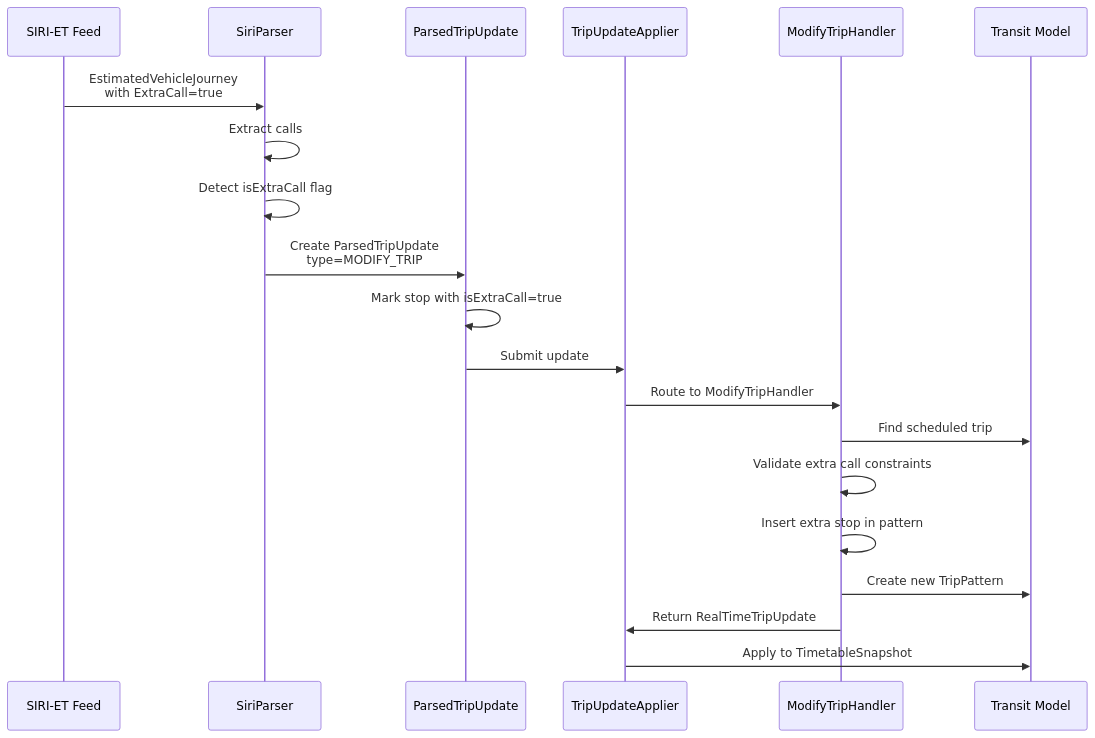
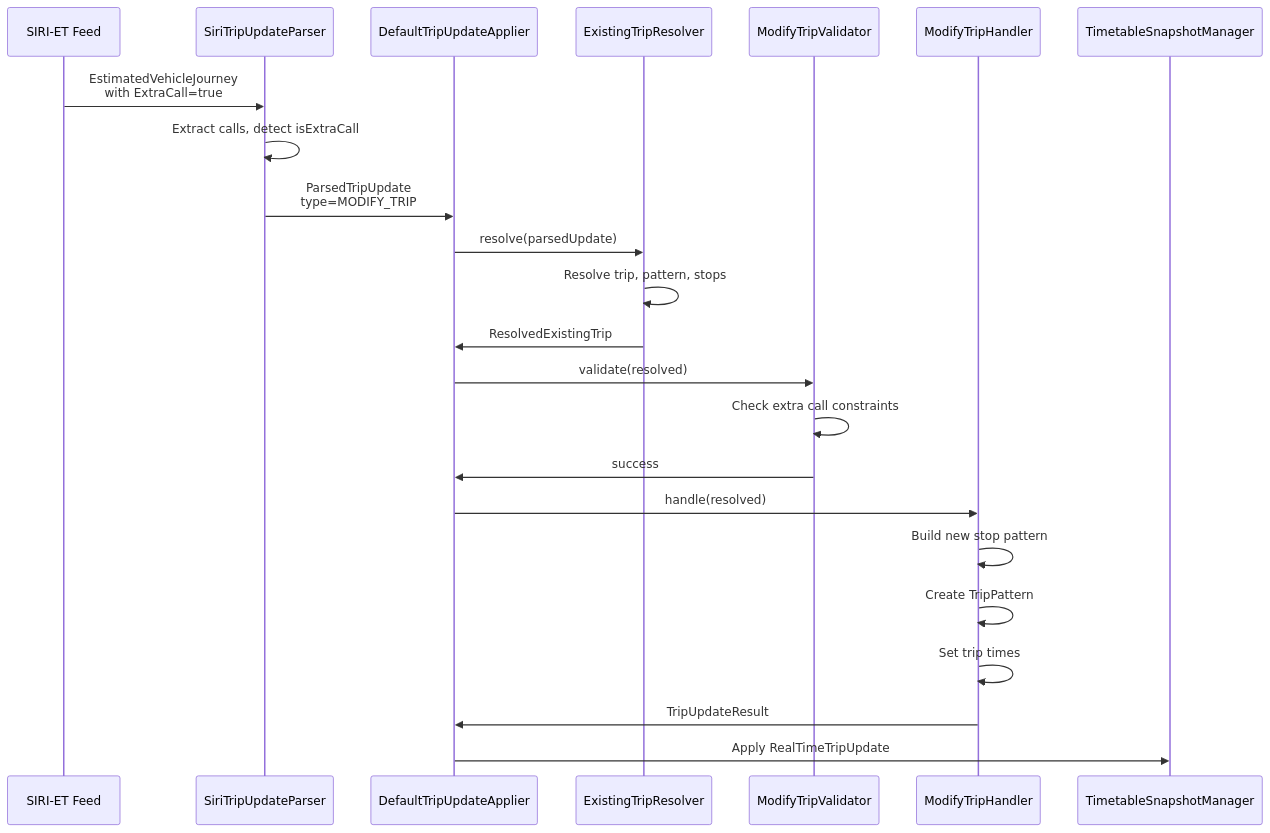
One commit to entur/OpenTripPlanner changed the tenth of 11 diagrams in docs/design/unified-realtime-updaters-with-diagrams.md. Above: the diagram before and after it, drawn with Mermaid. The commit also changed other lines of this file and 1 other file, not shown here.

````diff
--- a/docs/design/unified-realtime-updaters-with-diagrams.md
+++ b/docs/design/unified-realtime-updaters-with-diagrams.md
@@ -823,23 +843,30 @@
 ```mermaid
 sequenceDiagram
     participant Feed as SIRI-ET Feed
-    participant Parser as SiriParser
-    participant Model as ParsedTripUpdate
-    participant Applier as TripUpdateApplier
+    participant Parser as SiriTripUpdateParser
+    participant Applier as DefaultTripUpdateApplier
+    participant Resolver as ExistingTripResolver
+    participant Validator as ModifyTripValidator
     participant Handler as ModifyTripHandler
-    participant Transit as Transit Model
+    participant Transit as TimetableSnapshotManager
 
     Feed->>Parser: EstimatedVehicleJourney<br/>with ExtraCall=true
-    Parser->>Parser: Extract calls
-    Parser->>Parser: Detect isExtraCall flag
-    Parser->>Model: Create ParsedTripUpdate<br/>type=MODIFY_TRIP
-    Model->>Model: Mark stop with isExtraCall=true
-    Model->>Applier: Submit update
-    Applier->>Handler: Route to ModifyTripHandler
-    Handler->>Transit: Find scheduled trip
-    Handler->>Handler: Validate extra call constraints
-    Handler->>Handler: Insert extra stop in pattern
-    Handler->>Transit: Create new TripPattern
-    Handler->>Applier: Return RealTimeTripUpdate
-    Applier->>Transit: Apply to TimetableSnapshot
+    Parser->>Parser: Extract calls, detect isExtraCall
+    Parser->>Applier: ParsedTripUpdate<br/>type=MODIFY_TRIP
+
+    Applier->>Resolver: resolve(parsedUpdate)
+    Resolver->>Resolver: Resolve trip, pattern, stops
+    Resolver->>Applier: ResolvedExistingTrip
+
+    Applier->>Validator: validate(resolved)
+    Validator->>Validator: Check extra call constraints
+    Validator->>Applier: success
+
+    Applier->>Handler: handle(resolved)
+    Handler->>Handler: Build new stop pattern
+    Handler->>Handler: Create TripPattern
+    Handler->>Handler: Set trip times
+    Handler->>Applier: TripUpdateResult
+
+    Applier->>Transit: Apply RealTimeTripUpdate
 ```
````
